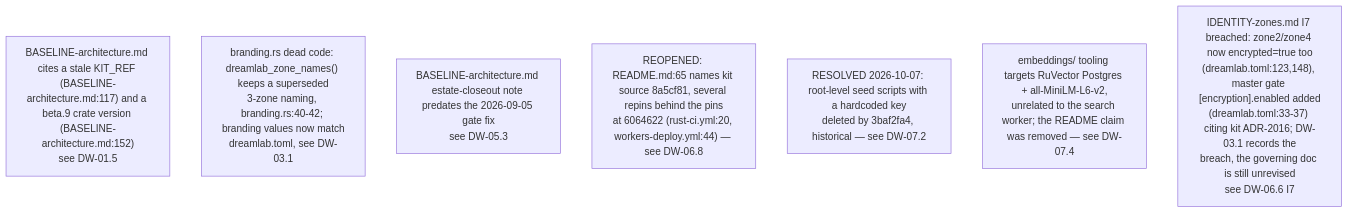
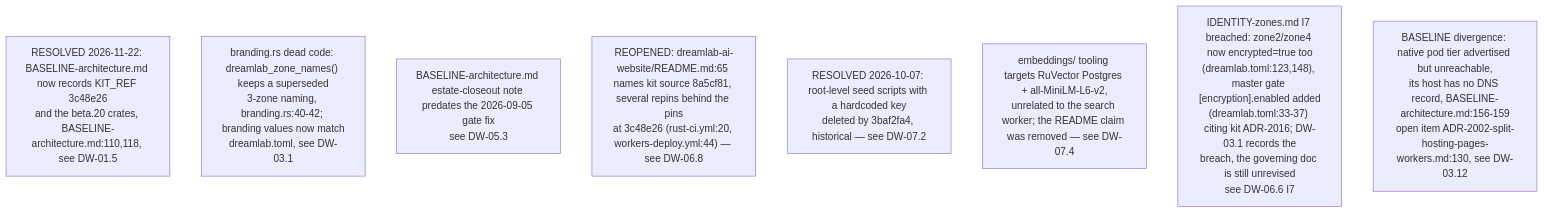
Before and after one commit to DreamLab-AI/VisionFlow: the sixth of 7 diagrams in docs/diagrams/dreamlab-ai-website/06-content-pipeline-and-invariants-register.md, drawn with Mermaid. The commit also changed other lines of this file and 6 other files, not shown here.

First line of the commit message:
docs(diagrams): re-verify dreamlab-ai-website DW-01..06, DW-10 against 567bed6

````diff
--- a/docs/diagrams/dreamlab-ai-website/06-content-pipeline-and-invariants-register.md
+++ b/docs/diagrams/dreamlab-ai-website/06-content-pipeline-and-invariants-register.md
@@ -124,10 +126,11 @@
 ```mermaid
 flowchart TB
-    D9["BASELINE-architecture.md cites a stale KIT_REF (BASELINE-architecture.md:117) and a beta.9 crate version (BASELINE-architecture.md:152)<br/>see DW-01.5"]
+    D9["RESOLVED 2026-11-22: BASELINE-architecture.md now records KIT_REF 3c48e26<br/>and the beta.20 crates, BASELINE-architecture.md:110,118, see DW-01.5"]
     D10["branding.rs dead code: dreamlab_zone_names() keeps a superseded<br/>3-zone naming, branding.rs:40-42; branding values now match<br/>dreamlab.toml, see DW-03.1"]
     D11["BASELINE-architecture.md estate-closeout note predates the 2026-09-05 gate fix<br/>see DW-05.3"]
-    D12["REOPENED: README.md:65 names kit source 8a5cf81, several repins behind the pins<br/>at 6064622 (rust-ci.yml:20, workers-deploy.yml:44) — see DW-06.8"]
+    D12["REOPENED: dreamlab-ai-website/README.md:65 names kit source 8a5cf81, several repins behind the pins<br/>at 3c48e26 (rust-ci.yml:20, workers-deploy.yml:44) — see DW-06.8"]
     D13["RESOLVED 2026-10-07: root-level seed scripts with a hardcoded key<br/>deleted by 3baf2fa4, historical — see DW-07.2"]
     D14["embeddings/ tooling targets RuVector Postgres + all-MiniLM-L6-v2,<br/>unrelated to the search worker; the README claim was removed — see DW-07.4"]
     D15["IDENTITY-zones.md I7 breached: zone2/zone4 now encrypted=true too<br/>(dreamlab.toml:123,148), master gate [encryption].enabled added<br/>(dreamlab.toml:33-37) citing kit ADR-2016; DW-03.1 records the<br/>breach, the governing doc is still unrevised<br/>see DW-06.6 I7"]
+    D16["BASELINE divergence: native pod tier advertised but unreachable,<br/>its host has no DNS record, BASELINE-architecture.md:156-159<br/>open item ADR-2002-split-hosting-pages-workers.md:130, see DW-03.12"]
 ```
````
